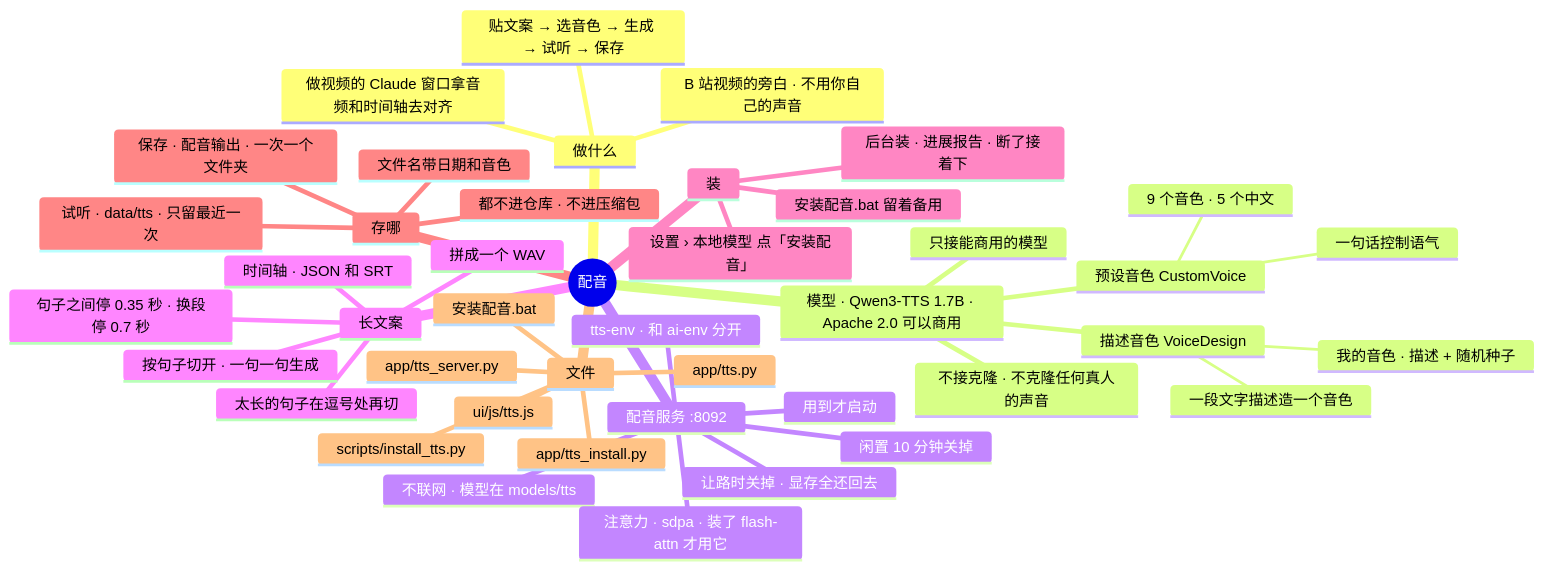
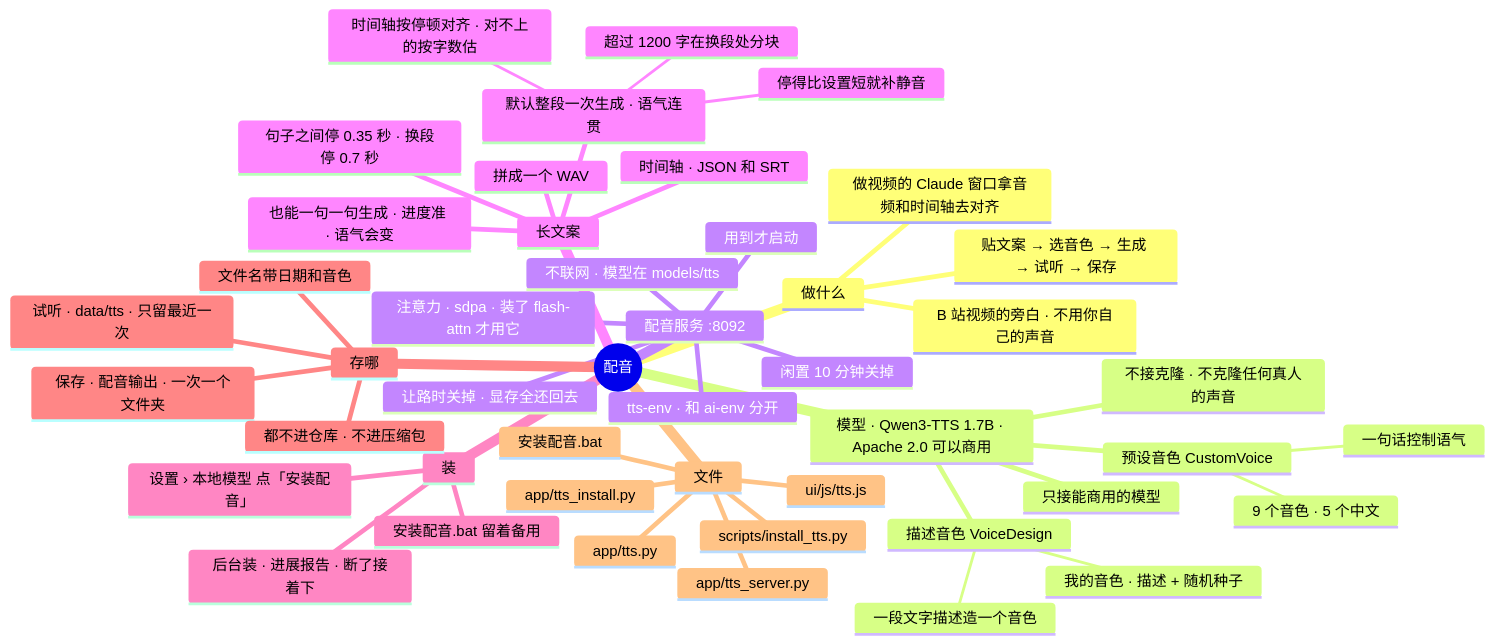
One commit to lql-076/Experiment-Agent-One changed the diagram in docs/AI文档/架构/14-配音.md. Above: the diagram before and after it, drawn with Mermaid. The commit also changed other lines of this file and 15 other files, not shown here.

First line of the commit message:
v1.8.9：配音默认整段一次生成（语气连贯），时间轴按停顿对齐

````diff
--- a/docs/AI文档/架构/14-配音.md
+++ b/docs/AI文档/架构/14-配音.md
@@ -9,47 +9,50 @@
 ```mermaid
 mindmap
   root((配音))
     做什么
       B 站视频的旁白 · 不用你自己的声音
       贴文案 → 选音色 → 生成 → 试听 → 保存
       做视频的 Claude 窗口拿音频和时间轴去对齐
     模型 · Qwen3-TTS 1.7B · Apache 2.0 可以商用
       预设音色 CustomVoice
         9 个音色 · 5 个中文
         一句话控制语气
       描述音色 VoiceDesign
         一段文字描述造一个音色
         我的音色 · 描述 + 随机种子
       不接克隆 · 不克隆任何真人的声音
       只接能商用的模型
     配音服务 :8092
     :::svc-tts
       tts-env · 和 ai-env 分开
       用到才启动
       闲置 10 分钟关掉
       让路时关掉 · 显存全还回去
       不联网 · 模型在 models/tts
       注意力 · sdpa · 装了 flash-attn 才用它
     长文案
-      按句子切开 · 一句一句生成
-      太长的句子在逗号处再切
+      默认整段一次生成 · 语气连贯
+        超过 1200 字在换段处分块
+        时间轴按停顿对齐 · 对不上的按字数估
+        停得比设置短就补静音
+      也能一句一句生成 · 进度准 · 语气会变
       句子之间停 0.35 秒 · 换段停 0.7 秒
       拼成一个 WAV
       时间轴 · JSON 和 SRT
     装
       设置 › 本地模型 点「安装配音」
       后台装 · 进展报告 · 断了接着下
       安装配音.bat 留着备用
     存哪
       试听 · data/tts · 只留最近一次
       保存 · 配音输出 · 一次一个文件夹
       文件名带日期和音色
       都不进仓库 · 不进压缩包
     文件
       app/tts.py
       app/tts_server.py
       scripts/install_tts.py
       app/tts_install.py
       安装配音.bat
       ui/js/tts.js
 ```
````
